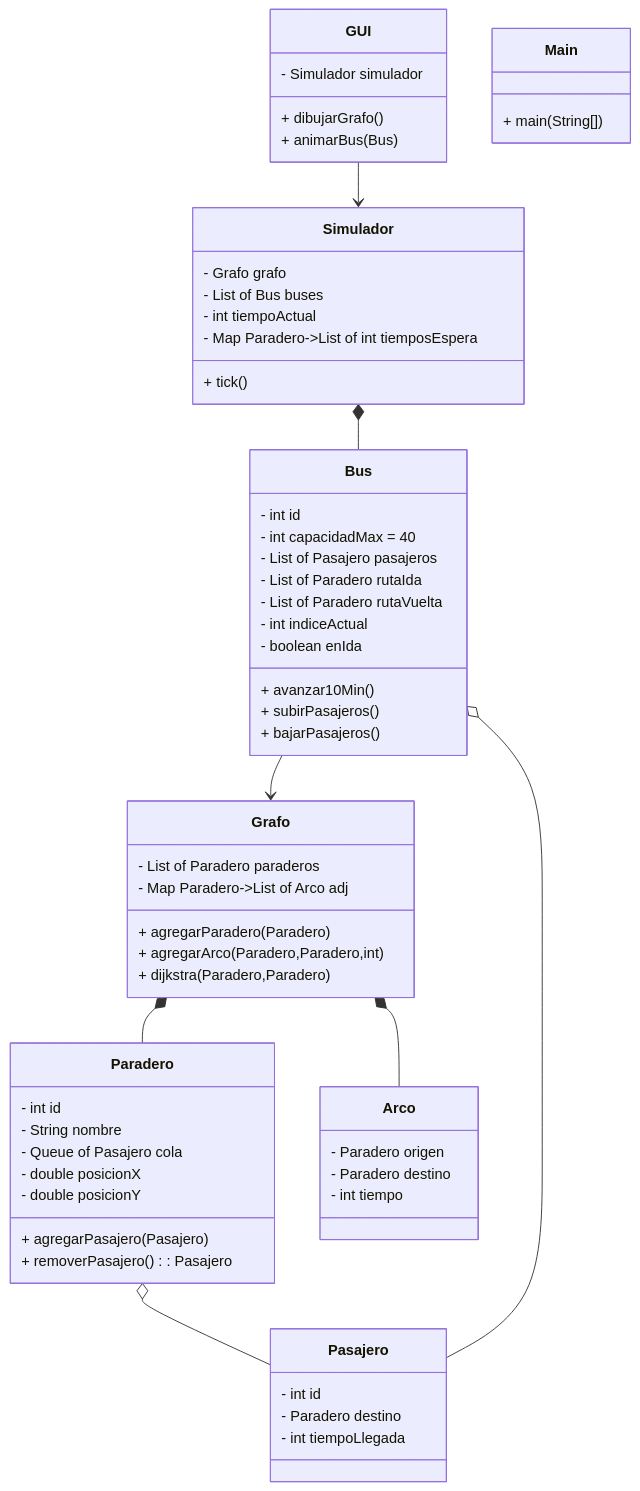
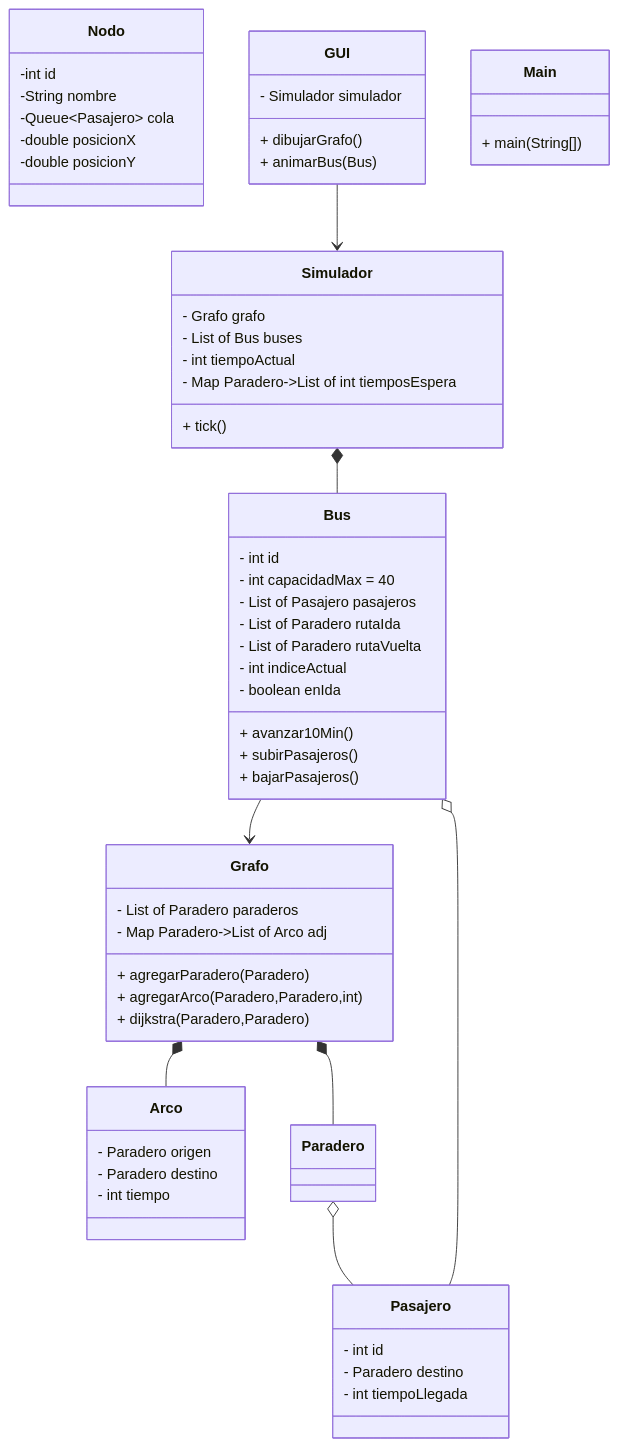
Before and after one commit to ChermanWest/Proyecto_algoritmos: the diagram in UML.md, drawn with Mermaid. The commit also changed 181 other files, not shown here.

````diff
--- a/UML.md
+++ b/UML.md
@@ -4,72 +4,70 @@
 ```mermaid
 classDiagram
-    class Paradero {
-      - int id
-      - String nombre
-      - Queue of Pasajero cola
-      - double posicionX
-      - double posicionY
-      + agregarPasajero(Pasajero)
-      + removerPasajero(): Pasajero
+    class Nodo {
+        -int id
+        -String nombre
+        -Queue~Pasajero~ cola
+        -double posicionX
+        -double posicionY
     }
 
     class Pasajero {
       - int id
       - Paradero destino
       - int tiempoLlegada
     }
 
     class Arco {
       - Paradero origen
       - Paradero destino
       - int tiempo
     }
 
     class Grafo {
       - List of Paradero paraderos
       - Map Paradero->List of Arco adj
       + agregarParadero(Paradero)
       + agregarArco(Paradero,Paradero,int)
       + dijkstra(Paradero,Paradero)
     }
 
     class Bus {
       - int id
       - int capacidadMax = 40
       - List of Pasajero pasajeros
       - List of Paradero rutaIda
       - List of Paradero rutaVuelta
       - int indiceActual
       - boolean enIda
       + avanzar10Min()
       + subirPasajeros()
       + bajarPasajeros()
     }
 
     class Simulador {
       - Grafo grafo
       - List of Bus buses
       - int tiempoActual
       - Map Paradero->List of int tiemposEspera
       + tick()
     }
 
     class GUI {
       - Simulador simulador
       + dibujarGrafo()
       + animarBus(Bus)
     }
 
     class Main {
       + main(String[])
     }
 
     Grafo *-- Paradero
     Grafo *-- Arco
     Paradero o-- Pasajero
     Bus o-- Pasajero
     Simulador *-- Bus
     Bus --> Grafo
     GUI --> Simulador
 
 ```
````
